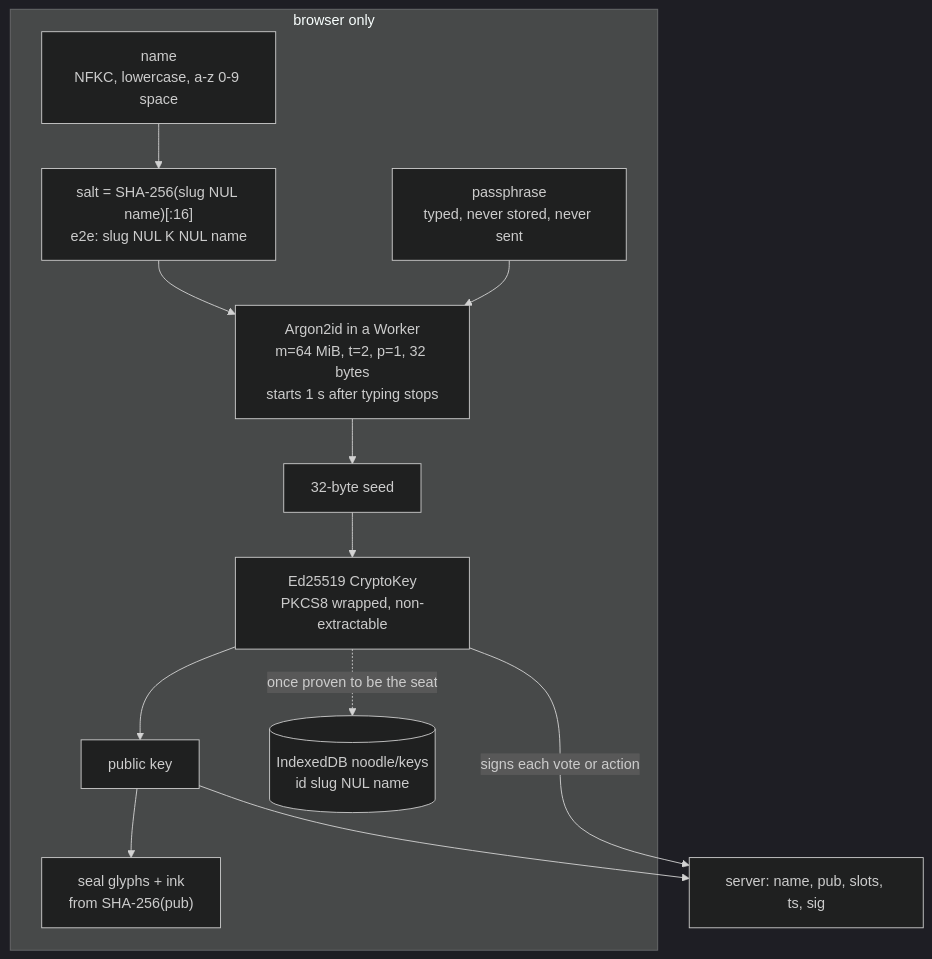
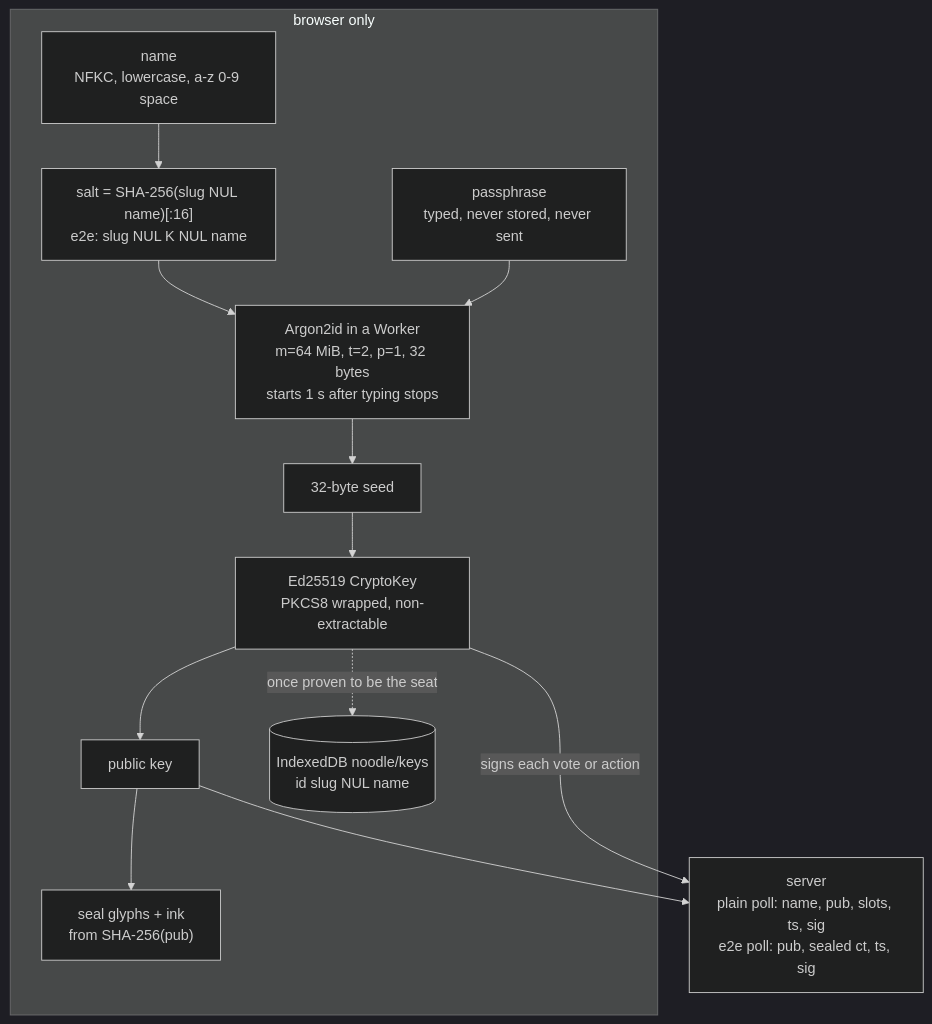
The diagram in docs/arch/identity-key.mmd (wai-lau/noodle), drawn with Mermaid (dark theme) before and after one commit. The commit also changed 10 other files, not shown here.

```diff
--- a/docs/arch/identity-key.mmd
+++ b/docs/arch/identity-key.mmd
@@ -1,13 +1,13 @@
 flowchart TD
   subgraph browser["browser only"]
     name["name<br/>NFKC, lowercase, a-z 0-9 space"] --> salt["salt = SHA-256(slug NUL name)[:16]<br/>e2e: slug NUL K NUL name"]
     pass["passphrase<br/>typed, never stored, never sent"] --> kdf
     salt --> kdf["Argon2id in a Worker<br/>m=64 MiB, t=2, p=1, 32 bytes<br/>starts 1 s after typing stops"]
     kdf --> seed["32-byte seed"]
     seed --> key["Ed25519 CryptoKey<br/>PKCS8 wrapped, non-extractable"]
     key --> pub["public key"]
     pub --> seal["seal glyphs + ink<br/>from SHA-256(pub)"]
     key -. "once proven to be the seat" .-> idb[("IndexedDB noodle/keys<br/>id slug NUL name")]
   end
   key -- "signs each vote or action" --> srv
-  pub --> srv["server: name, pub, slots, ts, sig"]
+  pub --> srv["server<br/>plain poll: name, pub, slots, ts, sig<br/>e2e poll: pub, sealed ct, ts, sig"]
```
